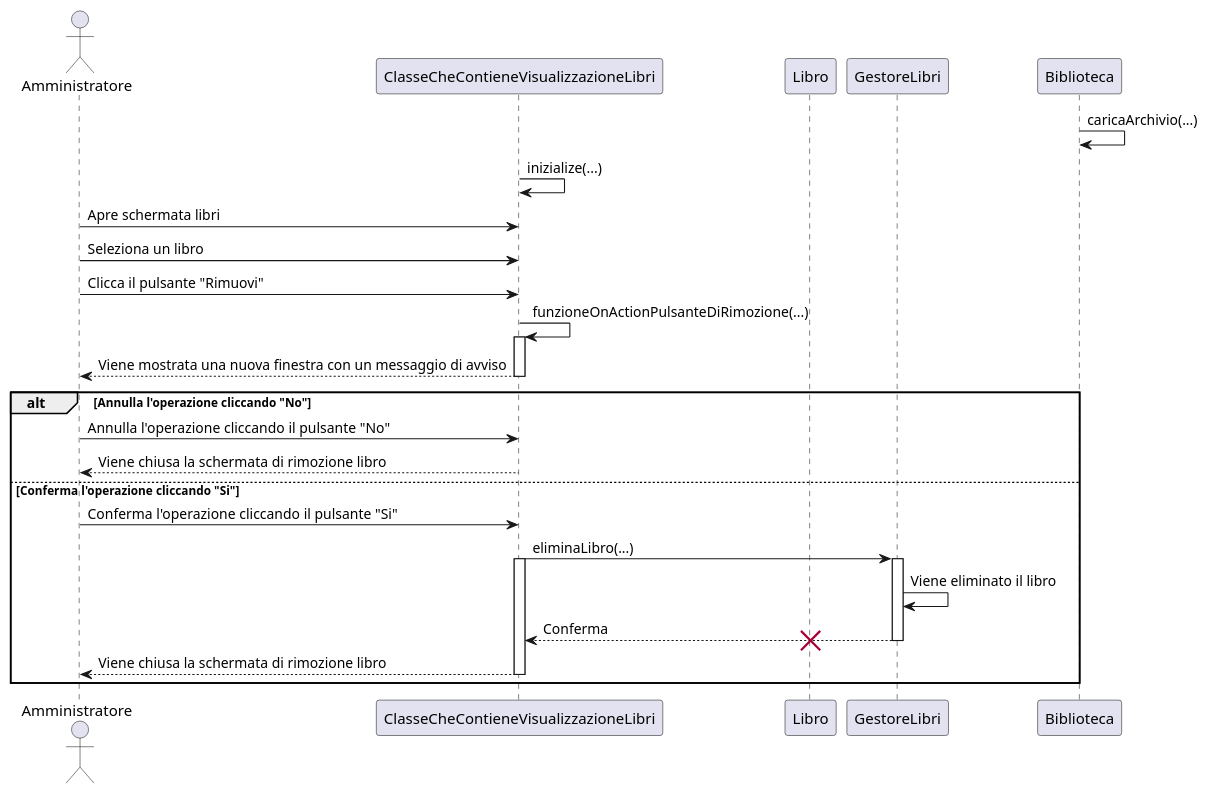
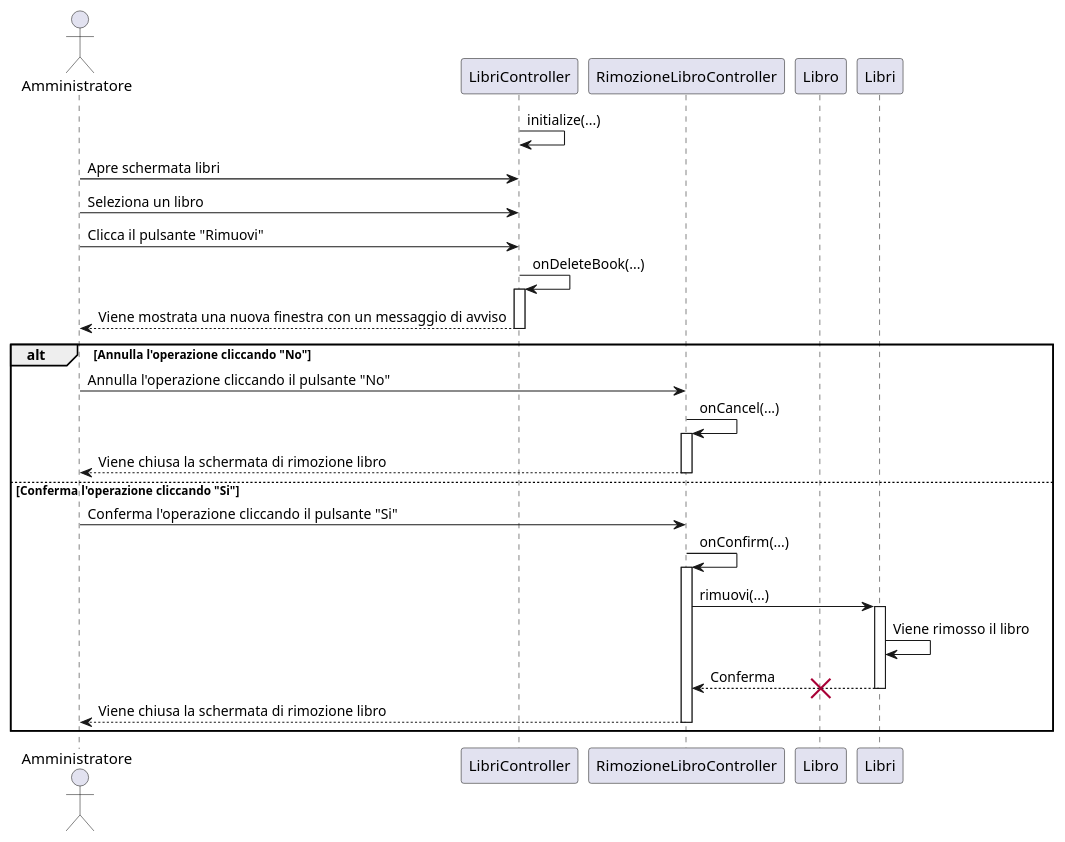
One commit to TitanVoid/ProgSE-Biblioteca changed the diagram in documents/DiagrammiUML/DiagrammiDiSequenza/diagrammaC6RimuoviLibro.puml. Above: the diagram before and after it, drawn with PlantUML. The commit also changed 21 other files, not shown here.

Commit message:
Aggiornamento diagrammi di sequenza

```diff
--- a/documents/DiagrammiUML/DiagrammiDiSequenza/diagrammaC6RimuoviLibro.puml
+++ b/documents/DiagrammiUML/DiagrammiDiSequenza/diagrammaC6RimuoviLibro.puml
@@ -1,37 +1,40 @@
 @startuml
 
 	actor Amministratore as a
-	participant ClasseCheContieneVisualizzazioneLibri as cvl
+	participant LibriController as cvl
+	participant RimozioneLibroController as rcl
 	participant Libro as l
-	participant GestoreLibri as gl
-	participant Biblioteca as b
+	participant Libri as gl
 
-	b->b: caricaArchivio(...)
-	cvl->cvl: inizialize(...)
+	cvl->cvl: initialize(...)
 	a->cvl: Apre schermata libri
 	a->cvl: Seleziona un libro
-
-	
 	a->cvl: Clicca il pulsante "Rimuovi"
-	cvl->cvl: funzioneOnActionPulsanteDiRimozione(...)
+	cvl->cvl: onDeleteBook(...)
 	activate cvl
 		cvl-->a: Viene mostrata una nuova finestra con un messaggio di avviso
 	deactivate cvl
+	
 	alt Annulla l'operazione cliccando "No"
-		a->cvl: Annulla l'operazione cliccando il pulsante "No"
-		cvl-->a: Viene chiusa la schermata di rimozione libro
+		a->rcl: Annulla l'operazione cliccando il pulsante "No"
+		rcl -> rcl: onCancel(...)
+			activate rcl
+			rcl-->a: Viene chiusa la schermata di rimozione libro
+		deactivate rcl
+		
 		
 	else Conferma l'operazione cliccando "Si"
-		a->cvl: Conferma l'operazione cliccando il pulsante "Si"
-		cvl->gl: eliminaLibro(...)
-		activate cvl
+		a->rcl: Conferma l'operazione cliccando il pulsante "Si"
+		rcl->rcl: onConfirm(...)
+		activate rcl
+			rcl->gl: rimuovi(...)
 			activate gl
-				gl->gl: Viene eliminato il libro
-				gl-->cvl: Conferma
+				gl->gl: Viene rimosso il libro
+				gl-->rcl: Conferma
 				destroy l
 			deactivate gl
-		cvl-->a: Viene chiusa la schermata di rimozione libro
-		deactivate cvl
+		rcl-->a: Viene chiusa la schermata di rimozione libro
+		deactivate rcl
 	end	
 
 @enduml
```
